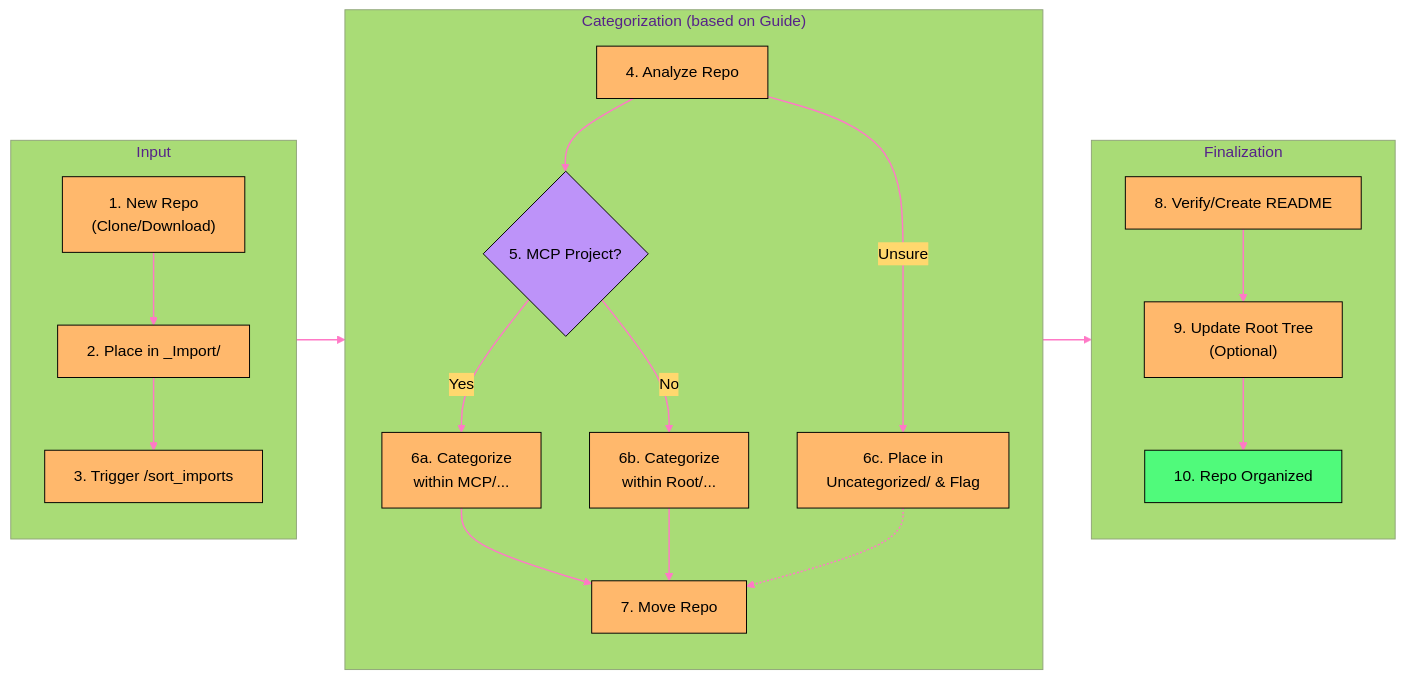
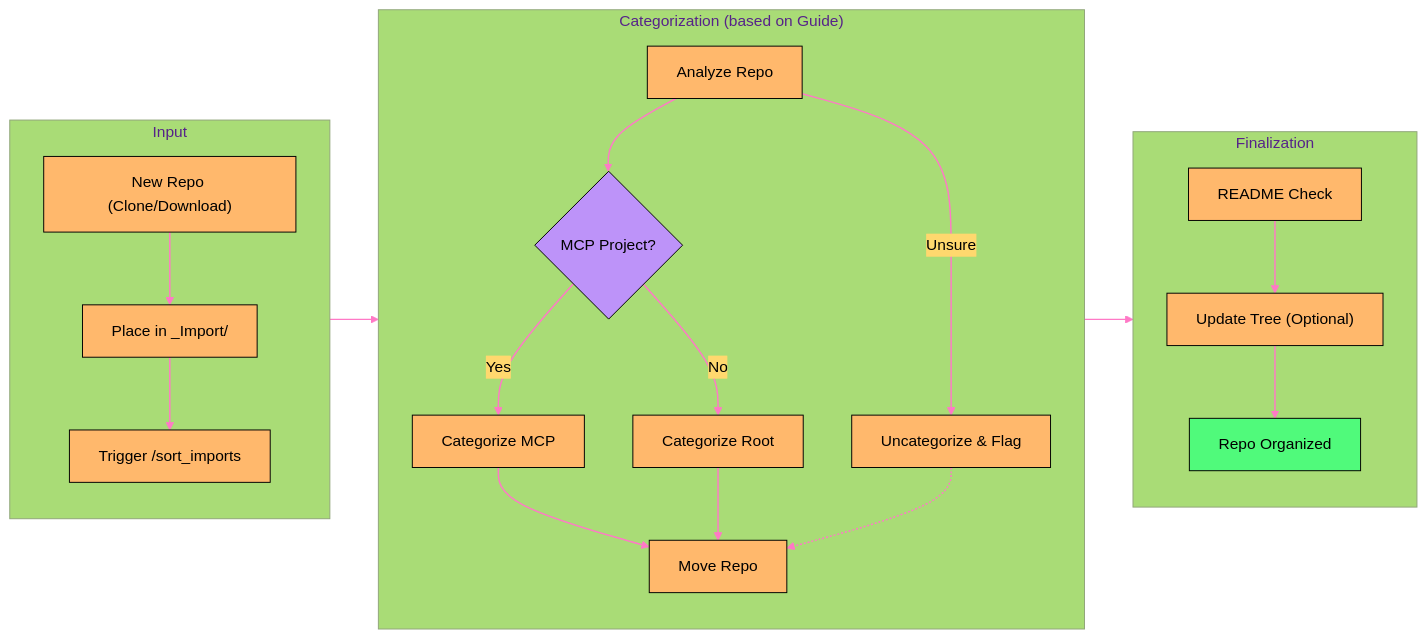
The second of 2 diagrams in README.md (Saml1211/project-management-template), drawn with Mermaid before and after one commit.

Commit message:
Refactor: Update Mermaid workflow diagram steps for clarity and consistency

````diff
--- a/README.md
+++ b/README.md
@@ -76,39 +76,39 @@
 ```mermaid
 %%{init: { 'theme': 'base', 'themeVariables': { 'primaryColor': '#8be9fd', 'primaryTextColor': '#000000', 'primaryBorderColor': '#00008b', 'lineColor': '#ff757f', 'secondaryColor': '#ffd86e', 'tertiaryColor': '#a9dc76' } } }%%
 graph LR
     subgraph Input
         direction TB
-        Step1["1. New Repo\n(Clone/Download)"] --> Step2["2. Place in _Import/"]
-        Step2 --> Step3["3. Trigger /sort_imports"]
+        Step1["New Repo (Clone/Download)"] --> Step2["Place in _Import/"]
+        Step2 --> Step3["Trigger /sort_imports"]
     end
 
     subgraph Categorization ["Categorization (based on Guide)"]
         direction TB
-        Step3 --> Step4["4. Analyze Repo"]
-        Step4 --> Step5{"5. MCP Project?"}
-        Step5 -- Yes --> Step6a["6a. Categorize\nwithin MCP/..."]
-        Step5 -- No --> Step6b["6b. Categorize\nwithin Root/..."]
-        Step4 -- Unsure --> Step6c["6c. Place in\nUncategorized/ & Flag"]
-        Step6a --> Step7["7. Move Repo"]
+        Step3 --> Step4["Analyze Repo"]
+        Step4 --> Step5{"MCP Project?"}
+        Step5 -- Yes --> Step6a["Categorize MCP"]
+        Step5 -- No --> Step6b["Categorize Root"]
+        Step4 -- Unsure --> Step6c["Uncategorize & Flag"]
+        Step6a --> Step7["Move Repo"]
         Step6b --> Step7
         Step6c -.-> Step7
     end
 
     subgraph Finalization
         direction TB
-        Step7 --> Step8["8. Verify/Create README"]
-        Step8 --> Step9["9. Update Root Tree\n(Optional)"]
-        Step9 --> Step10["10. Repo Organized"]
+        Step7 --> Step8["README Check"]
+        Step8 --> Step9["Update Tree (Optional)"]
+        Step9 --> Step10["Repo Organized"]
     end
 
     %% Styling
     classDef step fill:#ffb86c,stroke:#000000,stroke-width:1px,color:#000000;
     classDef decision fill:#bd93f9,stroke:#000000,stroke-width:1px,color:#000000;
     classDef final fill:#50fa7b,stroke:#000000,stroke-width:1px,color:#000000;
 
-    class Step1,Step2,Step3,Step4,Step6a,Step6b,Step6c,Step7,Step8,Step9 step;
+    class Step1,Step2,Step3,Step4,Step6a,Step6b,Step6c,Step7,Step8,Step9,Step10 step;
     class Step5 decision;
     class Step10 final;
 
     linkStyle default stroke:#ff79c6,stroke-width:1.5px;
 ```
````
